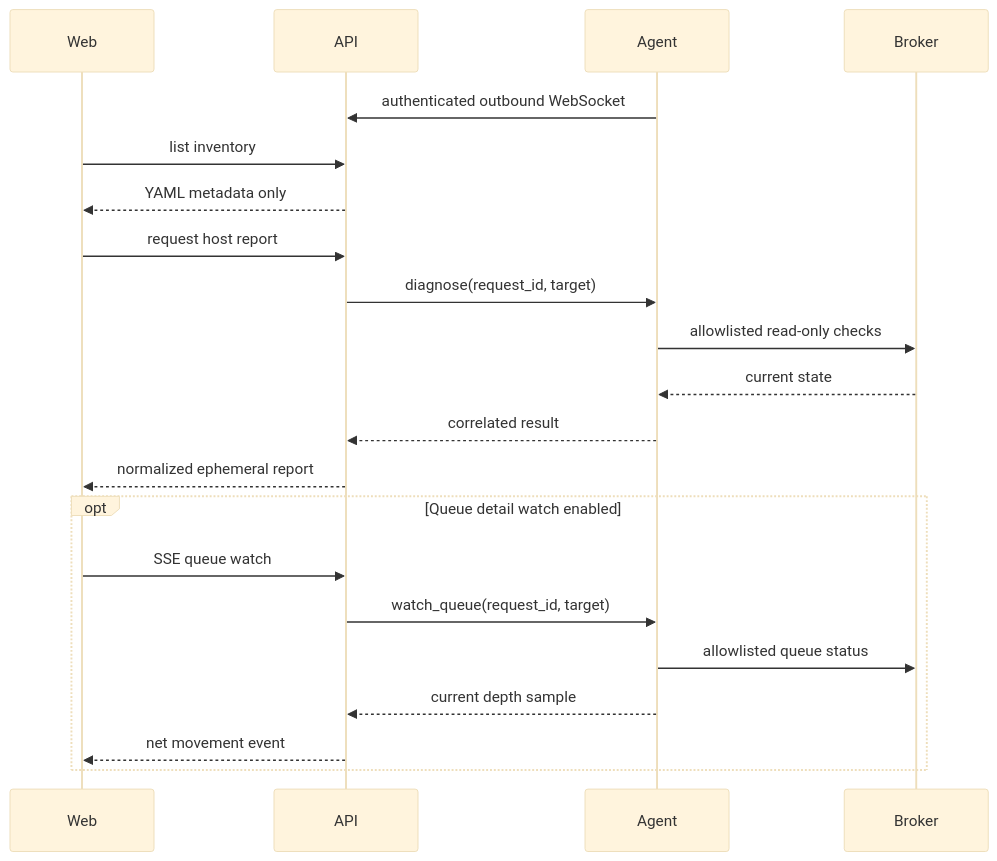
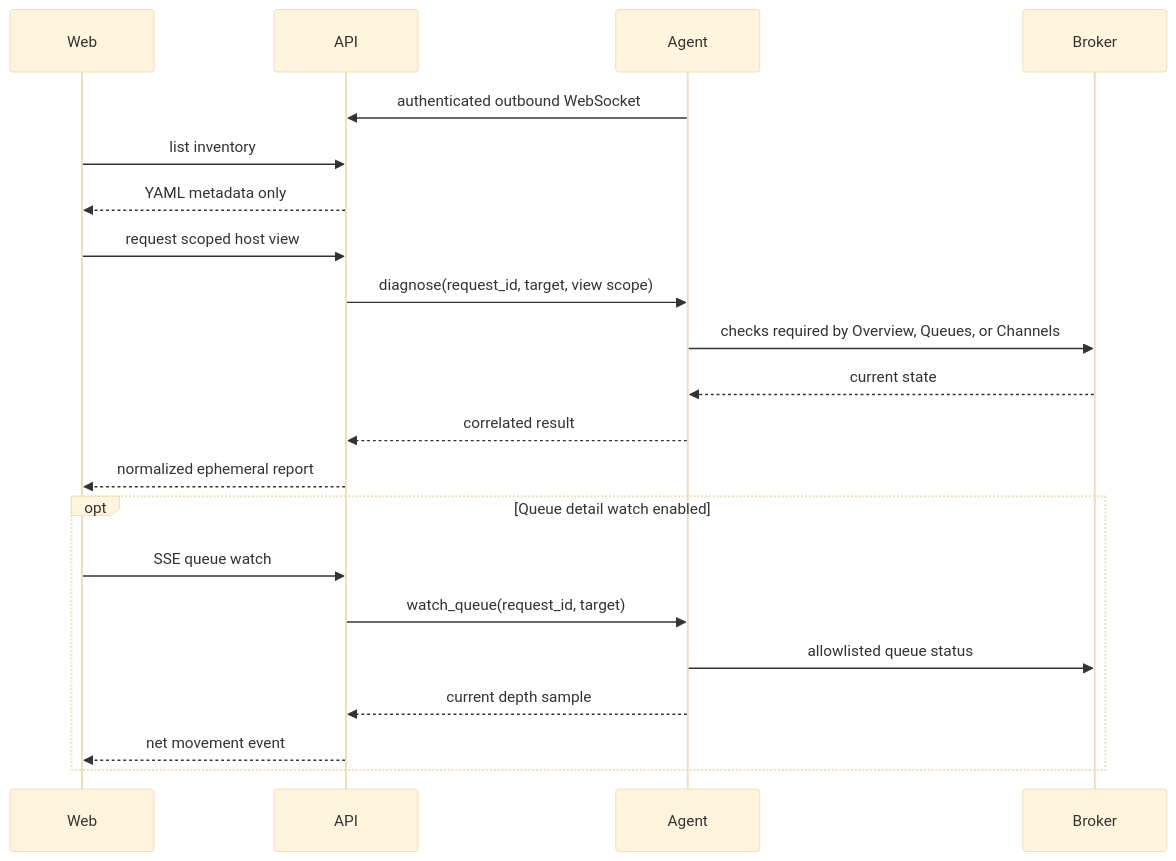
Before and after one commit to mqdeck/mqdeck: the diagram in docs/architecture.md, drawn with Mermaid (base theme). The commit also changed other lines of this file and 3 other files, not shown here.

````diff
--- a/docs/architecture.md
+++ b/docs/architecture.md
@@ -5,23 +5,23 @@
 ```mermaid
 sequenceDiagram
     participant Web
     participant API
     participant Agent
     participant Broker
     Agent->>API: authenticated outbound WebSocket
     Web->>API: list inventory
     API-->>Web: YAML metadata only
-    Web->>API: request host report
-    API->>Agent: diagnose(request_id, target)
-    Agent->>Broker: allowlisted read-only checks
+    Web->>API: request scoped host view
+    API->>Agent: diagnose(request_id, target, view scope)
+    Agent->>Broker: checks required by Overview, Queues, or Channels
     Broker-->>Agent: current state
     Agent-->>API: correlated result
     API-->>Web: normalized ephemeral report
     opt Queue detail watch enabled
       Web->>API: SSE queue watch
       API->>Agent: watch_queue(request_id, target)
       Agent->>Broker: allowlisted queue status
       Agent-->>API: current depth sample
       API-->>Web: net movement event
     end
 ```
````
